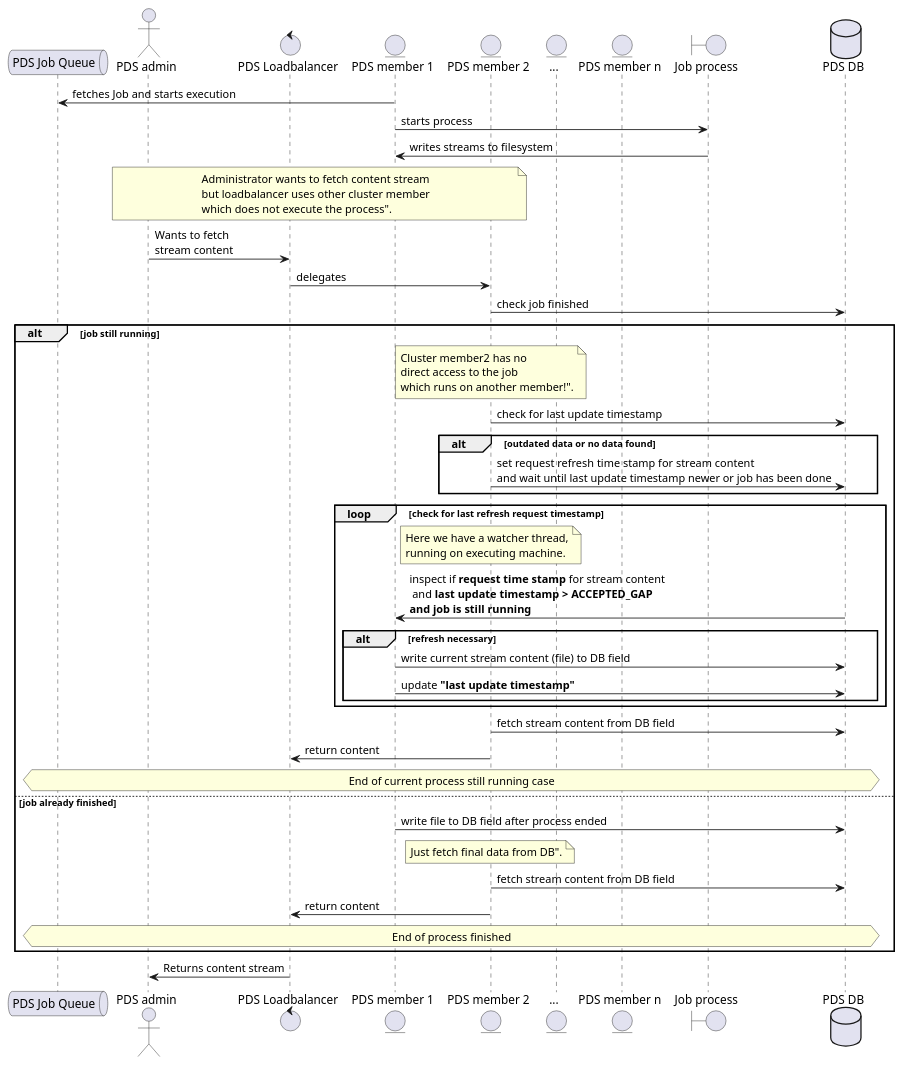
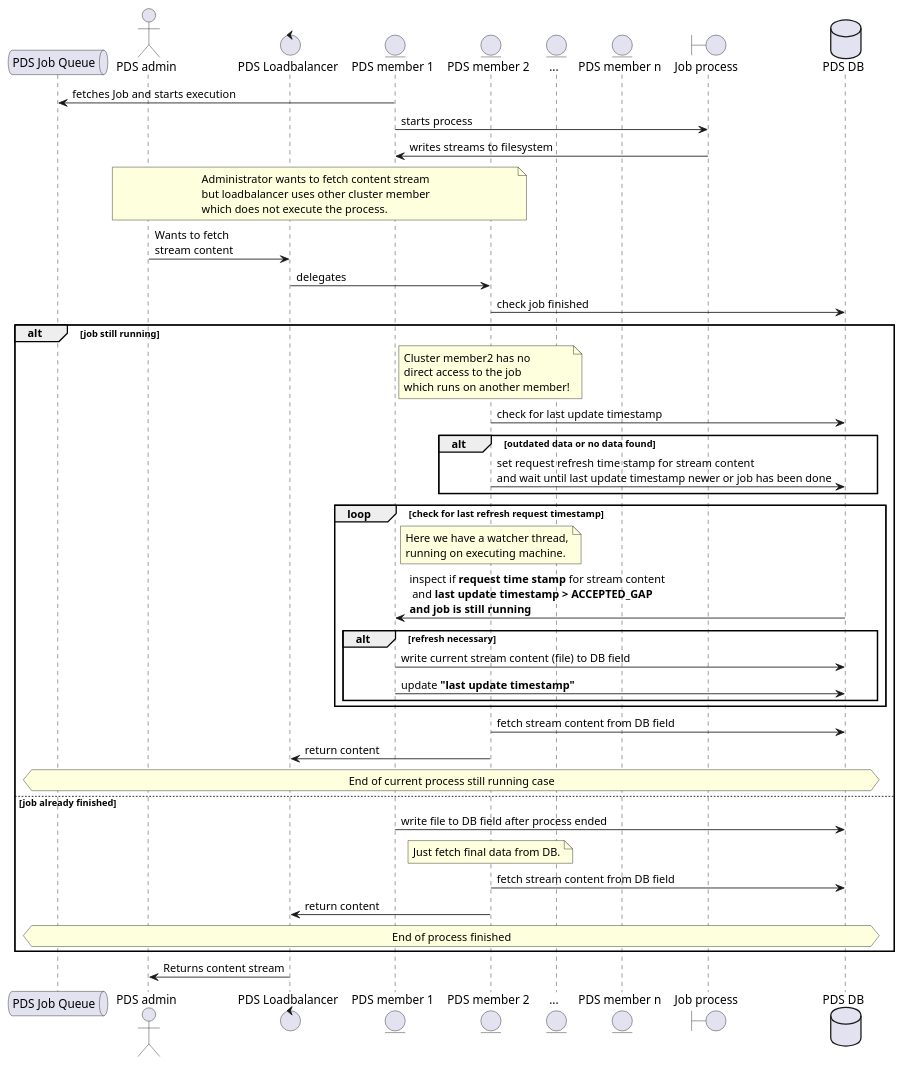
Before and after one commit to mercedes-benz/sechub: the diagram in sechub-doc/src/docs/asciidoc/diagrams/diagram_pds_overview_stream_access.puml, drawn with PlantUML. The commit also changed 22 other files, not shown here.

```diff
--- a/sechub-doc/src/docs/asciidoc/diagrams/diagram_pds_overview_stream_access.puml
+++ b/sechub-doc/src/docs/asciidoc/diagrams/diagram_pds_overview_stream_access.puml
@@ -1,51 +1,51 @@
 @startuml
 'see https://plantuml.com/sequence-diagram
 queue "PDS Job Queue" as pdsJobQueue
 actor "PDS admin" as pdsAdmin
 control "PDS Loadbalancer" as pdsLoadBalancer
 entity "PDS member 1" as pdsMember1
 entity "PDS member 2" as pdsMember2
 entity "..." as pdsMemberOther
 entity "PDS member n" as pdsMemberN
 boundary "Job process" as pdsJobProcess
 database "PDS DB" as pdsDB
 
 pdsJobQueue<-pdsMember1: fetches Job and starts execution
 pdsMember1->pdsJobProcess: starts process
 pdsJobProcess->pdsMember1: writes streams to filesystem
-note over pdsAdmin, pdsMember2: Administrator wants to fetch content stream\nbut loadbalancer uses other cluster member\nwhich does not execute the process".
+note over pdsAdmin, pdsMember2: Administrator wants to fetch content stream\nbut loadbalancer uses other cluster member\nwhich does not execute the process.
 pdsAdmin->pdsLoadBalancer:Wants to fetch \nstream content
 pdsLoadBalancer->pdsMember2:delegates
 pdsMember2->pdsDB: check job finished
 
 alt job still running
 
-note over pdsMember2: Cluster member2 has no \ndirect access to the job\nwhich runs on another member!".
+note over pdsMember2: Cluster member2 has no \ndirect access to the job\nwhich runs on another member!
 
 pdsMember2->pdsDB: check for last update timestamp
 alt outdated data or no data found
     pdsMember2->pdsDB: set request refresh time stamp for stream content\nand wait until last update timestamp newer or job has been done
 end
 
 loop check for last refresh request timestamp
 note over pdsMember2: Here we have a watcher thread,\nrunning on executing machine.
     pdsMember1<-pdsDB: inspect if **request time stamp** for stream content\n and **last update timestamp > ACCEPTED_GAP**\n**and job is still running**
     alt refresh necessary
         pdsMember1->pdsDB: write current stream content (file) to DB field
         pdsMember1->pdsDB: update **"last update timestamp"**
     end    
 end
 pdsMember2->pdsDB: fetch stream content from DB field
 pdsMember2->pdsLoadBalancer: return content
 hnote across: End of current process still running case
 
 else job already finished
 pdsMember1->pdsDB:  write file to DB field after process ended 
-note over pdsMember2: Just fetch final data from DB".
+note over pdsMember2: Just fetch final data from DB.
 pdsMember2->pdsDB: fetch stream content from DB field
 pdsMember2->pdsLoadBalancer: return content
 hnote across: End of process finished
 end
 pdsLoadBalancer->pdsAdmin: Returns content stream
 
 @enduml
```
